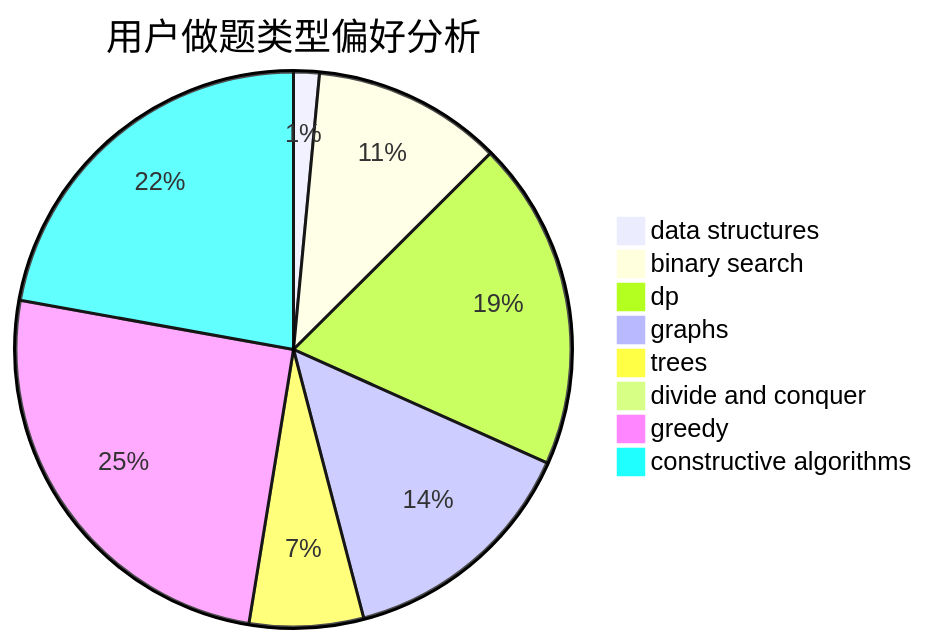
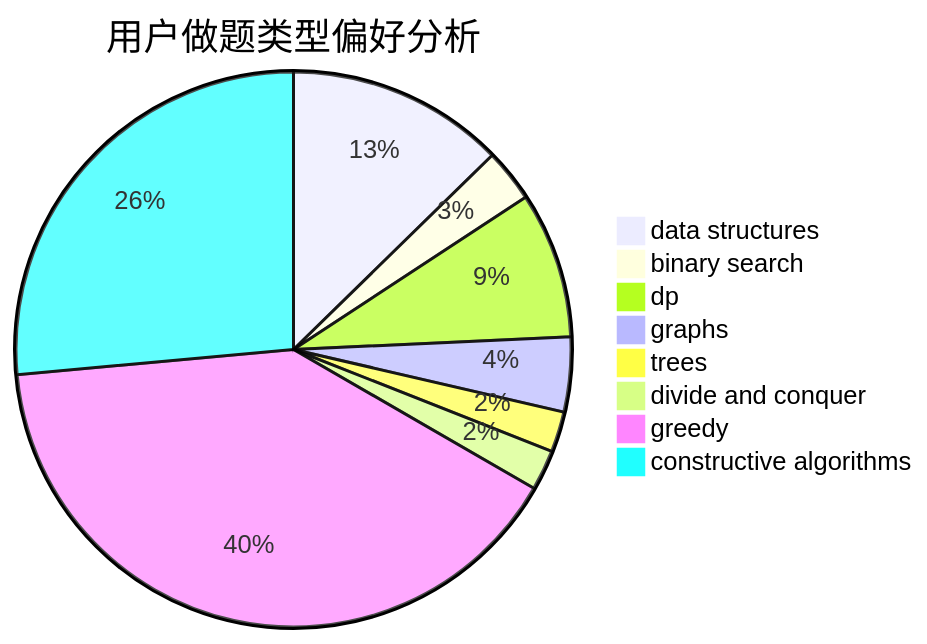
Before and after one commit to sherpahu/cfrs.github.io: the second of 3 diagrams in docs/user/u422.md, drawn with Mermaid. The commit also changed other lines of this file and 2770 other files, not shown here.

````diff
--- a/docs/user/u422.md
+++ b/docs/user/u422.md
@@ -23,11 +23,11 @@
 ```mermaid
 pie title 用户做题类型偏好分析
-    "data structures" :  14
-    "binary search" :  103
-    "dp" :  179
-    "graphs" :  133
-    "trees" :  62
-    "divide and conquer" :  0
-    "greedy" :  236
-    "constructive algorithms" :  207
+    "data structures" :  70
+    "binary search" :  17
+    "dp" :  47
+    "graphs" :  24
+    "trees" :  13
+    "divide and conquer" :  13
+    "greedy" :  222
+    "constructive algorithms" :  146
 ```
````
